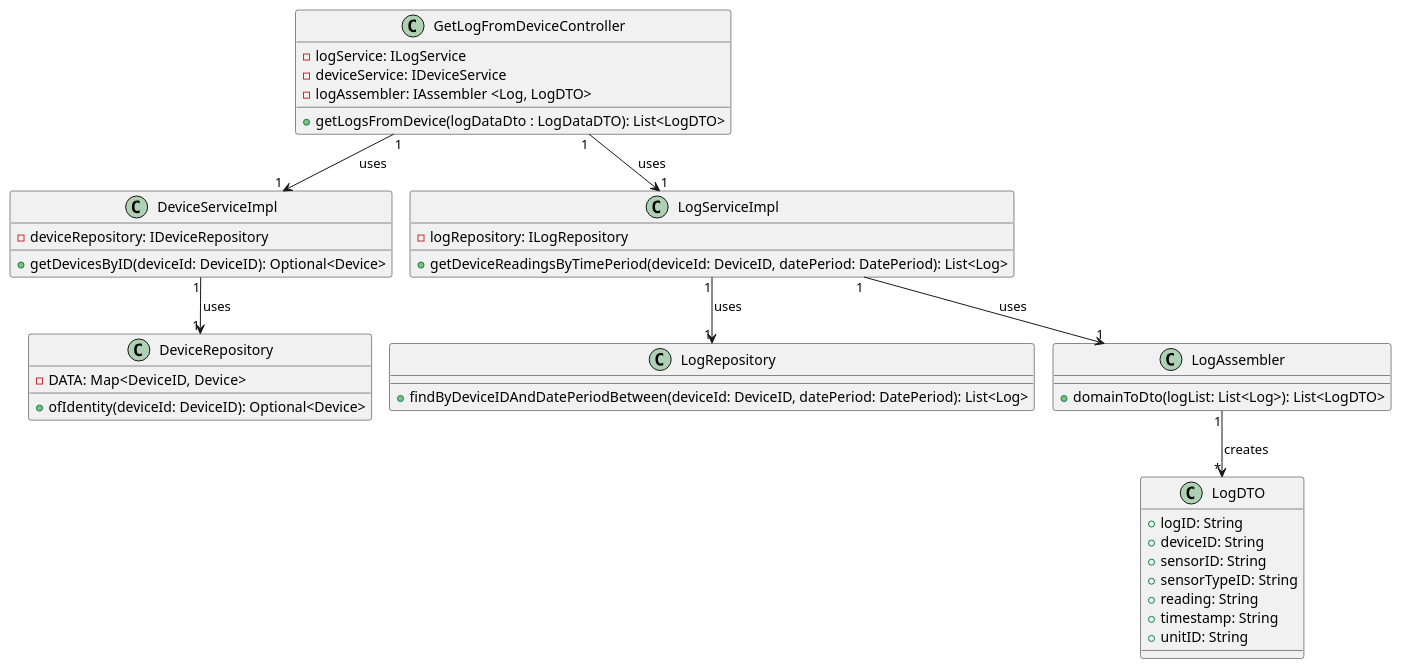
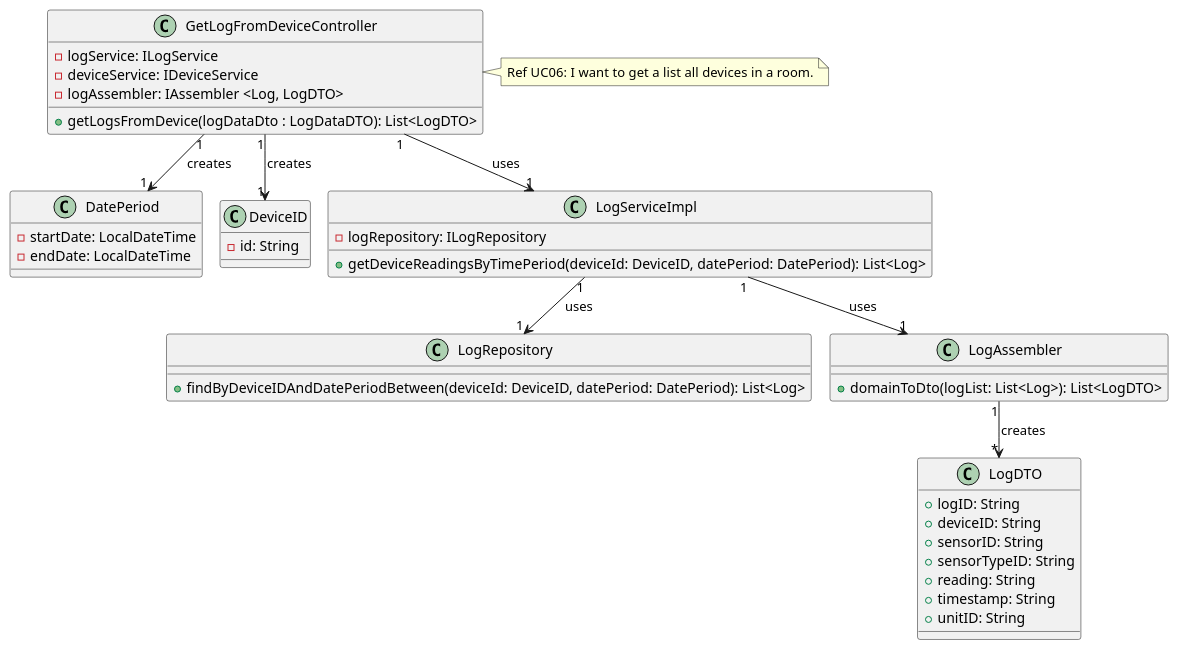
One commit to olivDiogo/SmartHome changed the second of 2 diagrams in docs/useCases/uc11_toGetLogFromDevice/artifacts/uc11_CD.puml. Above: the diagram before and after it, drawn with PlantUML. The commit also changed other lines of this file and 6 other files, not shown here.

First line of the commit message:
docs: adds SVG to diagrams for uc11, updates readme and glossary

```diff
--- a/docs/useCases/uc11_toGetLogFromDevice/artifacts/uc11_CD.puml
+++ b/docs/useCases/uc11_toGetLogFromDevice/artifacts/uc11_CD.puml
@@ -1,61 +10,58 @@
 @startuml
 !pragma layout smetana
 
 class GetLogFromDeviceController {
 
  - logService: ILogService
  - deviceService: IDeviceService
  - logAssembler: IAssembler <Log, LogDTO>
 
  '+ GetLogFromDeviceController(logService: ILogService, deviceService: IDeviceService, logAssembler: IAssembler <Log, LogDTO>, roomService: IRoomService, roomAssembler: IAssembler <Room, RoomDTO>, deviceAssembler: IAssembler <Device, DeviceDTO>)
  + getLogsFromDevice(logDataDto : LogDataDTO): List<LogDTO>
 }
 
+note right of GetLogFromDeviceController: Ref UC06:  I want to get a list all devices in a room.
 
-class DeviceServiceImpl {
-- deviceRepository: IDeviceRepository
-
-'+DeviceServiceImpl(deviceRepository: IDeviceRepository, deviceFactory: IDeviceFactory, roomRepository: IRoomRepository)
-+getDevicesByID(deviceId: DeviceID): Optional<Device>
+class DatePeriod {
+ - startDate: LocalDateTime
+ - endDate: LocalDateTime
 }
 
-class DeviceRepository {
-- DATA: Map<DeviceID, Device>
-
-+ ofIdentity(deviceId: DeviceID): Optional<Device>
+class DeviceID {
+ - id: String
 }
 
 class LogServiceImpl {
 - logRepository: ILogRepository
 '+ LogServiceImpl(logRepository: ILogRepository)
 + getDeviceReadingsByTimePeriod(deviceId: DeviceID, datePeriod: DatePeriod): List<Log>
 }
 
 class LogRepository {
 
 + findByDeviceIDAndDatePeriodBetween(deviceId: DeviceID, datePeriod: DatePeriod): List<Log>
 }
 
 class LogAssembler {
 + domainToDto(logList: List<Log>): List<LogDTO>
 }
 
 class LogDTO {
 + logID: String
 + deviceID: String
 + sensorID: String
 + sensorTypeID: String
 + reading: String
 + timestamp: String
 + unitID: String
 }
 
 
 GetLogFromDeviceController "1" -down-> "1" LogServiceImpl : uses
-GetLogFromDeviceController "1" -down-> "1" DeviceServiceImpl : uses
+GetLogFromDeviceController "1" --> "1" DatePeriod : creates
+GetLogFromDeviceController "1" --> "1" DeviceID : creates
 LogServiceImpl "1" -down-> "1" LogRepository : uses
-DeviceServiceImpl "1" -down-> "1" DeviceRepository : uses
 LogServiceImpl "1" -down-> "1" LogAssembler : uses
 LogAssembler "1" -down-> "*" LogDTO : creates
 
 @enduml
```
